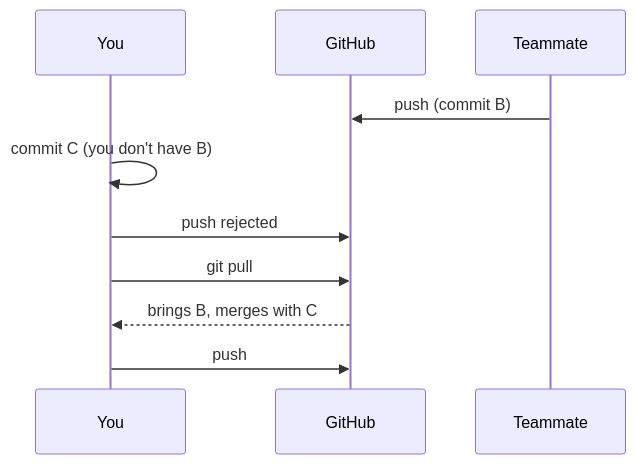
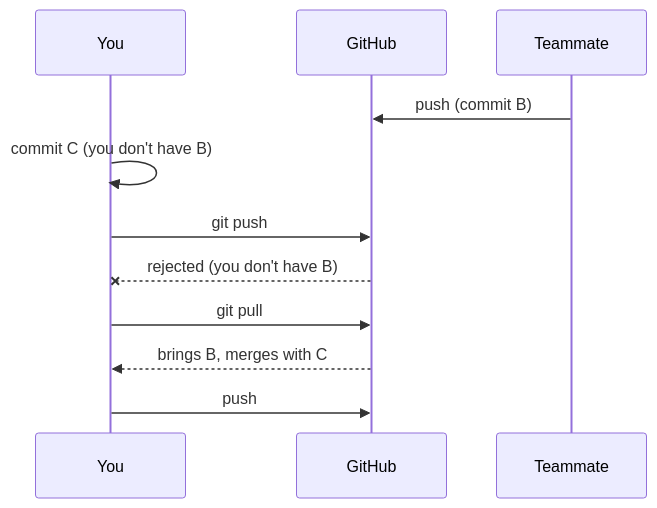
Before and after one commit to anasp07-hue/Github-Guide: the second of 2 diagrams in info-vault/06-fixing-common-problems.md, drawn with Mermaid. The commit also changed other lines of this file and 6 other files, not shown here.

````diff
--- a/info-vault/06-fixing-common-problems.md
+++ b/info-vault/06-fixing-common-problems.md
@@ -50,13 +50,14 @@
 ```mermaid
 sequenceDiagram
     participant You as You
     participant GH as GitHub
     participant Mate as Teammate
 
     Mate->>GH: push (commit B)
     You->>You: commit C (you don't have B)
-    You->>GH: push rejected
+    You->>GH: git push
+    GH--xYou: rejected (you don't have B)
     You->>GH: git pull
     GH-->>You: brings B, merges with C
     You->>GH: push 
 ```
````
